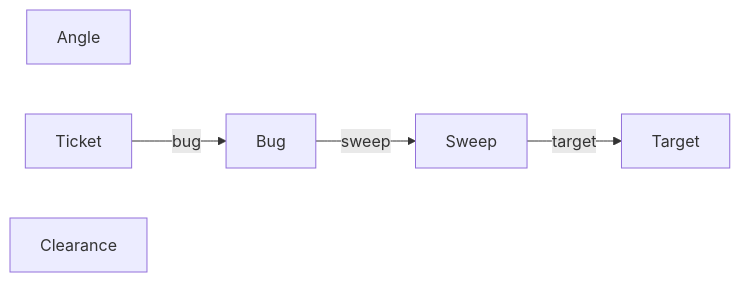
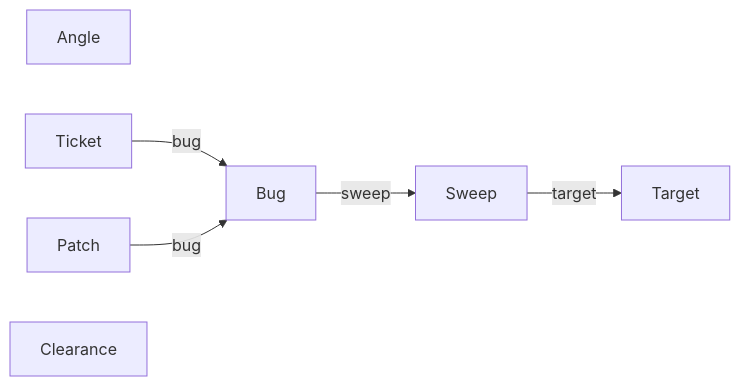
One commit to heckslabs/hecks changed the first of 15 diagrams in qa/glossary/glossary.md. Above: the diagram before and after it, drawn with Mermaid. The commit also changed other lines of this file and 6 other files, not shown here.

````diff
--- a/qa/glossary/glossary.md
+++ b/qa/glossary/glossary.md
@@ -7,12 +7,14 @@
 ```mermaid
 flowchart LR
     n_target["Target"]
     n_sweep["Sweep"]
     n_bug["Bug"]
     n_angle["Angle"]
     n_ticket["Ticket"]
+    n_patch["Patch"]
     n_clearance["Clearance"]
     n_sweep -->|"target"| n_target
     n_bug -->|"sweep"| n_sweep
     n_ticket -->|"bug"| n_bug
+    n_patch -->|"bug"| n_bug
 ```
````
